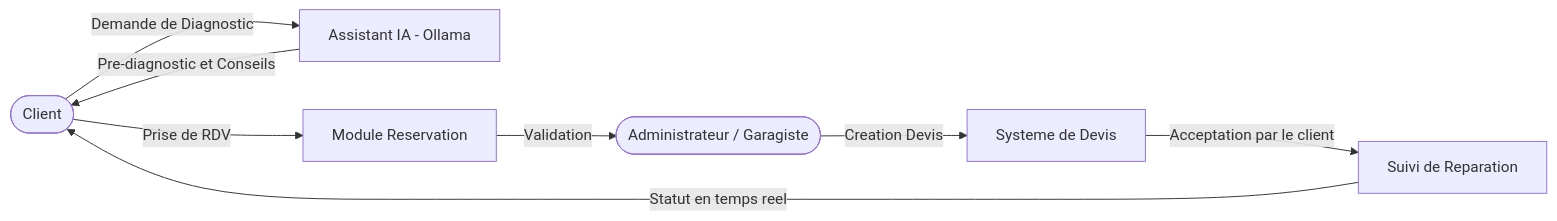
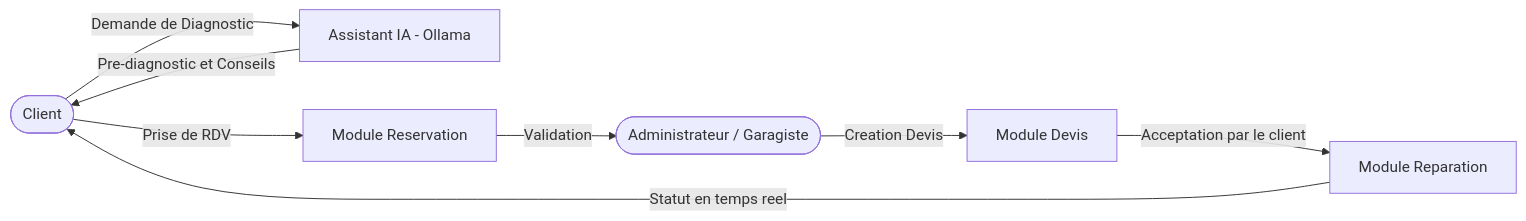
Before and after one commit to Yas-sin-e/stage: the third of 20 diagrams in rapport_final_AutoExpert.md, drawn with Mermaid.

Commit message:
preeefini

````diff
--- a/rapport_final_AutoExpert.md
+++ b/rapport_final_AutoExpert.md
@@ -185,10 +185,10 @@
 ```mermaid
 flowchart LR
     Client([Client]) -->|Demande de Diagnostic| IA[Assistant IA - Ollama]
     IA -->|Pre-diagnostic et Conseils| Client
     Client -->|Prise de RDV| R[Module Reservation]
     R -->|Validation| Admin([Administrateur / Garagiste])
-    Admin -->|Creation Devis| D[Systeme de Devis]
-    D -->|Acceptation par le client| Rep[Suivi de Reparation]
+    Admin -->|Creation Devis| D[Module Devis]
+    D -->|Acceptation par le client| Rep[Module Reparation]
     Rep -->|Statut en temps reel| Client
 ```
````
